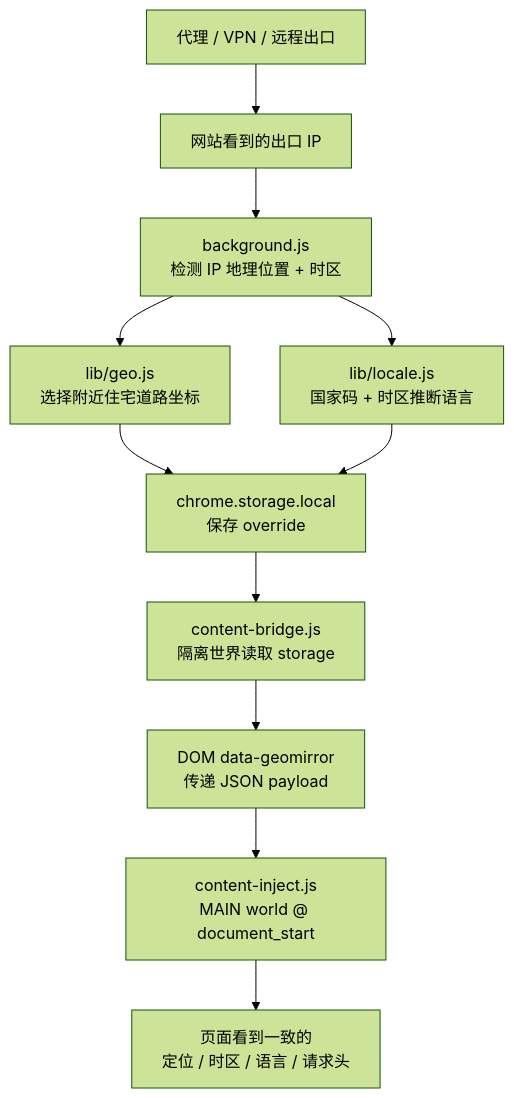
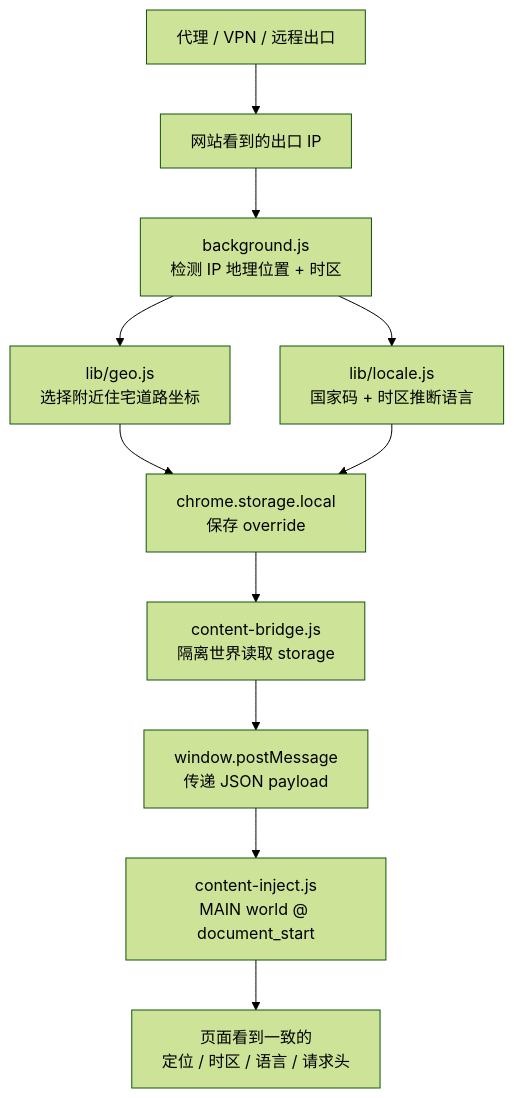
The third of 3 diagrams in README.zh-CN.md (deafenken/notme), drawn with Mermaid (forest theme) before and after one commit. The commit also changed other lines of this file and 11 other files, not shown here.

````diff
--- a/README.zh-CN.md
+++ b/README.zh-CN.md
@@ -121,13 +124,13 @@
 ```mermaid
 flowchart TD
   A["代理 / VPN / 远程出口"] --> B["网站看到的出口 IP"]
   B --> C["background.js<br/>检测 IP 地理位置 + 时区"]
   C --> D["lib/geo.js<br/>选择附近住宅道路坐标"]
   C --> E["lib/locale.js<br/>国家码 + 时区推断语言"]
   D --> F["chrome.storage.local<br/>保存 override"]
   E --> F
   F --> G["content-bridge.js<br/>隔离世界读取 storage"]
-  G --> H["DOM data-geomirror<br/>传递 JSON payload"]
+  G --> H["window.postMessage<br/>传递 JSON payload"]
   H --> I["content-inject.js<br/>MAIN world @ document_start"]
   I --> J["页面看到一致的<br/>定位 / 时区 / 语言 / 请求头"]
 ```
````
